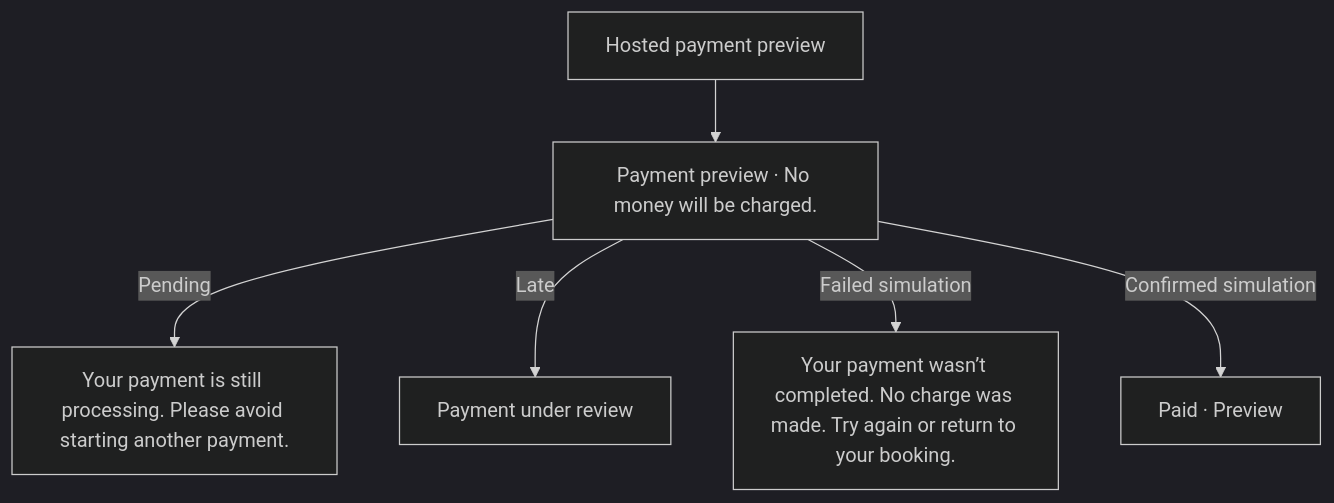
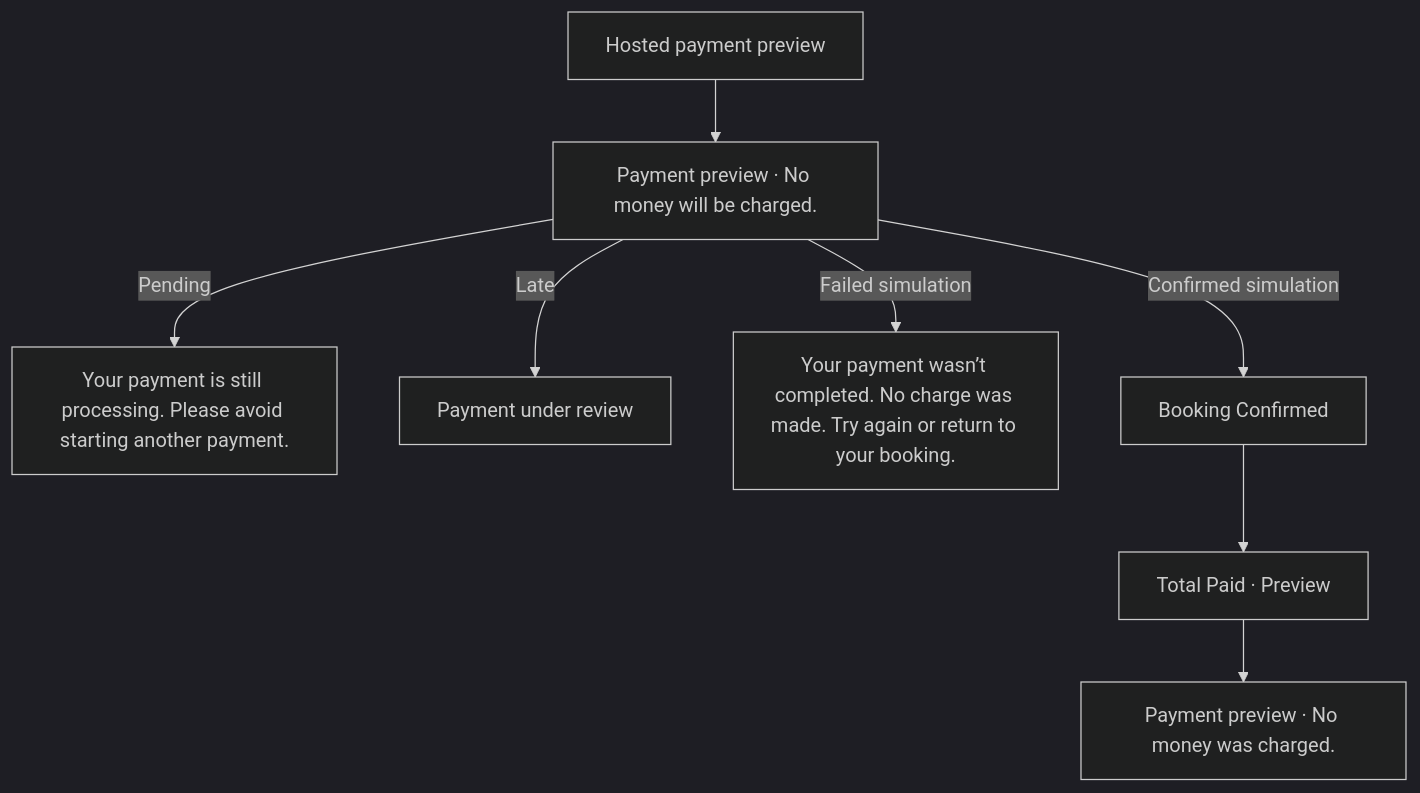
Before and after one commit to soccerbotstudiosg/soccerbotstudioSG: diagram 19 of 19 in docs/booking-flows.md, drawn with Mermaid (dark theme). The commit also changed other lines of this file and 44 other files, not shown here.

````diff
--- a/docs/booking-flows.md
+++ b/docs/booking-flows.md
@@ -298,8 +303,10 @@
 ```mermaid
 flowchart TD
   A["Hosted payment preview"] --> B["Payment preview · No money will be charged."]
   B -->|Pending| C["Your payment is still processing. Please avoid starting another payment."]
   B -->|Late| D["Payment under review"]
   B -->|Failed simulation| E["Your payment wasn’t completed. No charge was made. Try again or return to your booking."]
-  B -->|Confirmed simulation| F["Paid · Preview"]
+  B -->|Confirmed simulation| F["Booking Confirmed"]
+  F --> G["Total Paid · Preview"]
+  G --> H["Payment preview · No money was charged."]
 ```
````
